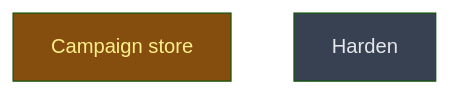
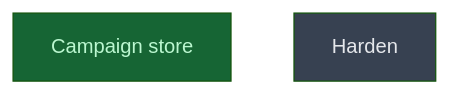
The diagram in __roadmap__/m1-core-foundation/settle/build/codec/store/README.md (CrackingShells/cracking-shells-playbook), drawn with Mermaid (forest theme) before and after one commit. The commit also changed other lines of this file and 1 other file, not shown here.

Commit message:
chore(roadmap): close the m1 campaign store
Ticks the gates and records the guards the review's fix round added: the
cycle delete, the sound-root rename, op_id_reused, recovery confined to
the campaign's records, and the nine closed mutant gaps.

````diff
--- a/__roadmap__/m1-core-foundation/settle/build/codec/store/README.md
+++ b/__roadmap__/m1-core-foundation/settle/build/codec/store/README.md
@@ -17,10 +17,10 @@
 ```mermaid
 graph TD
-    campaign_store[Campaign store]:::inprogress
+    campaign_store[Campaign store]:::done
     harden[Harden]:::planned
     classDef done       fill:#166534,color:#bbf7d0
     classDef inprogress fill:#854d0e,color:#fef08a
     classDef planned    fill:#374151,color:#e5e7eb
     classDef amendment  fill:#1e3a5f,color:#bfdbfe
     classDef blocked    fill:#7f1d1d,color:#fecaca
 ```
````
